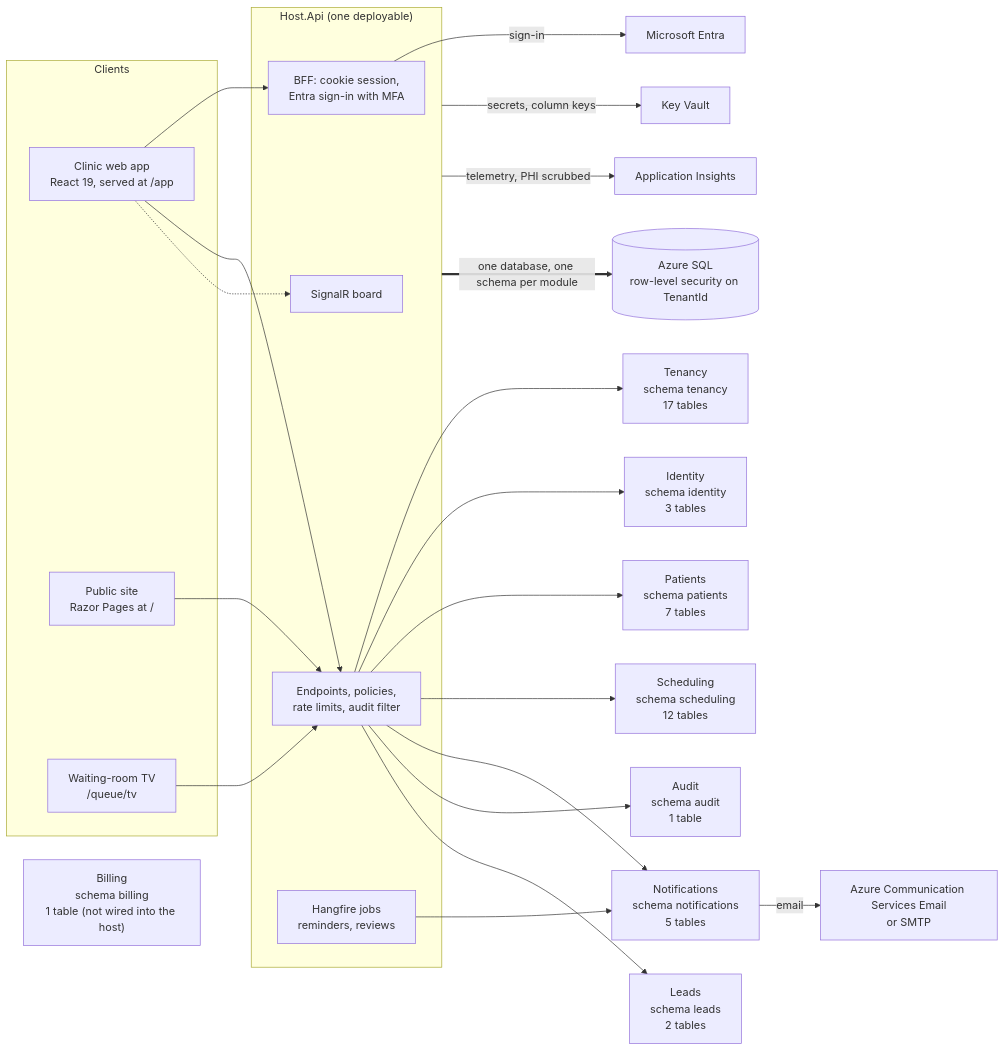
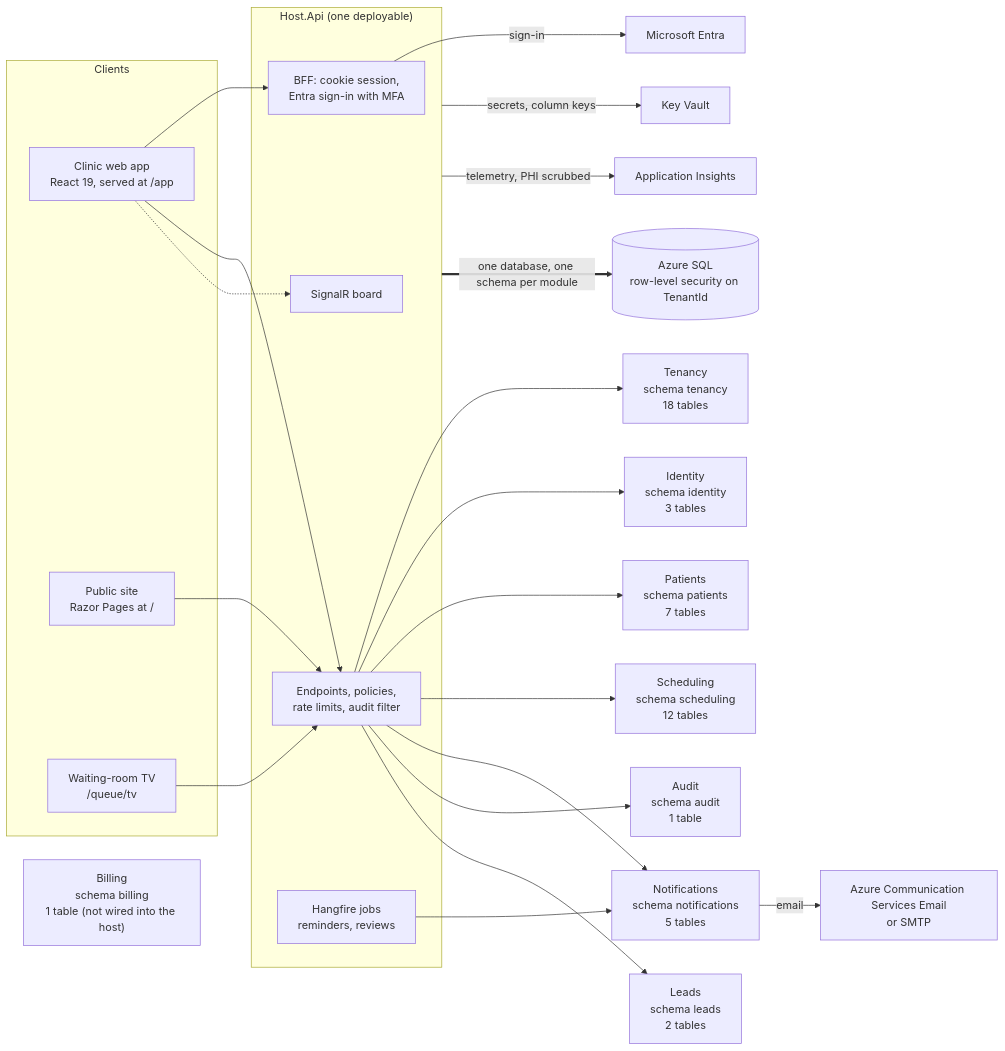
The first of 11 diagrams in docs/03-architecture/erd.md (ALFRED-LUCIFER/medvya), drawn with Mermaid before and after one commit. The commit also changed other lines of this file and 50 other files, not shown here.

````diff
--- a/docs/03-architecture/erd.md
+++ b/docs/03-architecture/erd.md
@@ -15,33 +15,33 @@
 ```mermaid
 flowchart LR
   subgraph Clients
     web["Clinic web app<br/>React 19, served at /app"]
     site["Public site<br/>Razor Pages at /"]
     tv["Waiting-room TV<br/>/queue/tv"]
   end
   subgraph Host["Host.Api (one deployable)"]
     bff["BFF: cookie session,<br/>Entra sign-in with MFA"]
     api["Endpoints, policies,<br/>rate limits, audit filter"]
     hub["SignalR board"]
     jobs["Hangfire jobs<br/>reminders, reviews"]
   end
   web --> bff
   web --> api
   web -.-> hub
   tv --> api
   site --> api
-  api --> Tenancy["Tenancy<br/>schema tenancy<br/>17 tables"]
+  api --> Tenancy["Tenancy<br/>schema tenancy<br/>18 tables"]
   api --> Identity["Identity<br/>schema identity<br/>3 tables"]
   api --> Patients["Patients<br/>schema patients<br/>7 tables"]
   api --> Scheduling["Scheduling<br/>schema scheduling<br/>12 tables"]
   api --> Notifications["Notifications<br/>schema notifications<br/>5 tables"]
   api --> Audit["Audit<br/>schema audit<br/>1 table"]
   api --> Leads["Leads<br/>schema leads<br/>2 tables"]
   Billing["Billing<br/>schema billing<br/>1 table (not wired into the host)"]
   jobs --> Notifications
   bff -->|"sign-in"| entra["Microsoft Entra"]
   Notifications -->|"email"| mail["Azure Communication Services Email<br/>or SMTP"]
   Host -->|"secrets, column keys"| kv["Key Vault"]
   Host -->|"telemetry, PHI scrubbed"| ai["Application Insights"]
   Host ==>|"one database, one schema per module"| sql[("Azure SQL<br/>row-level security on TenantId")]
 ```
````
